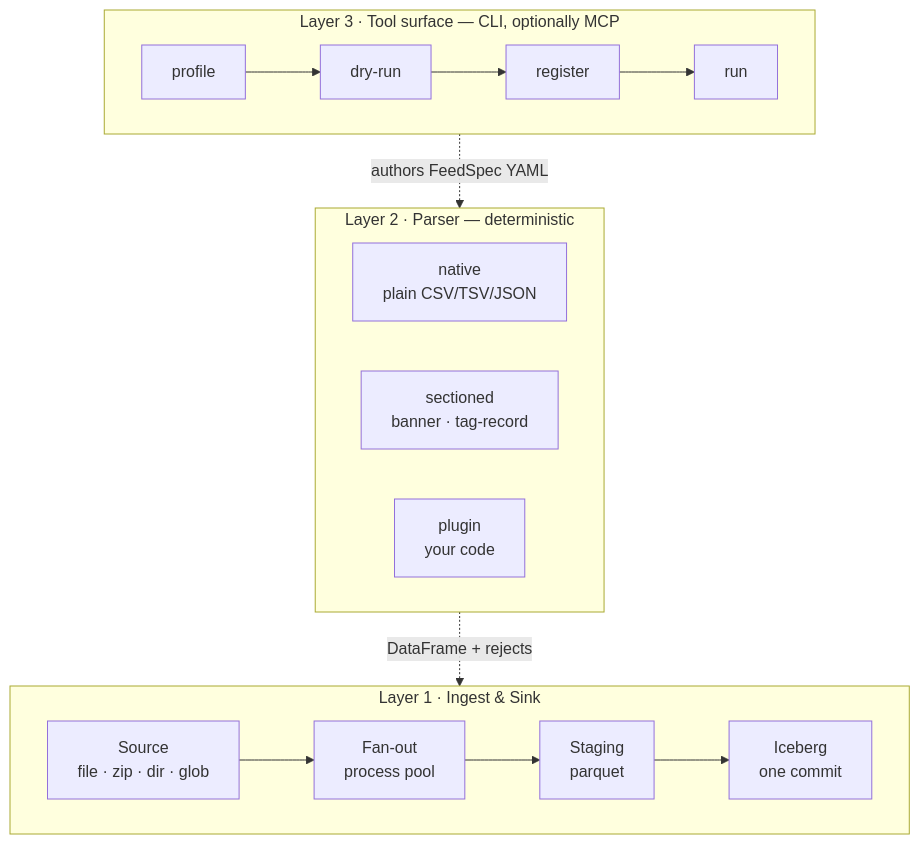
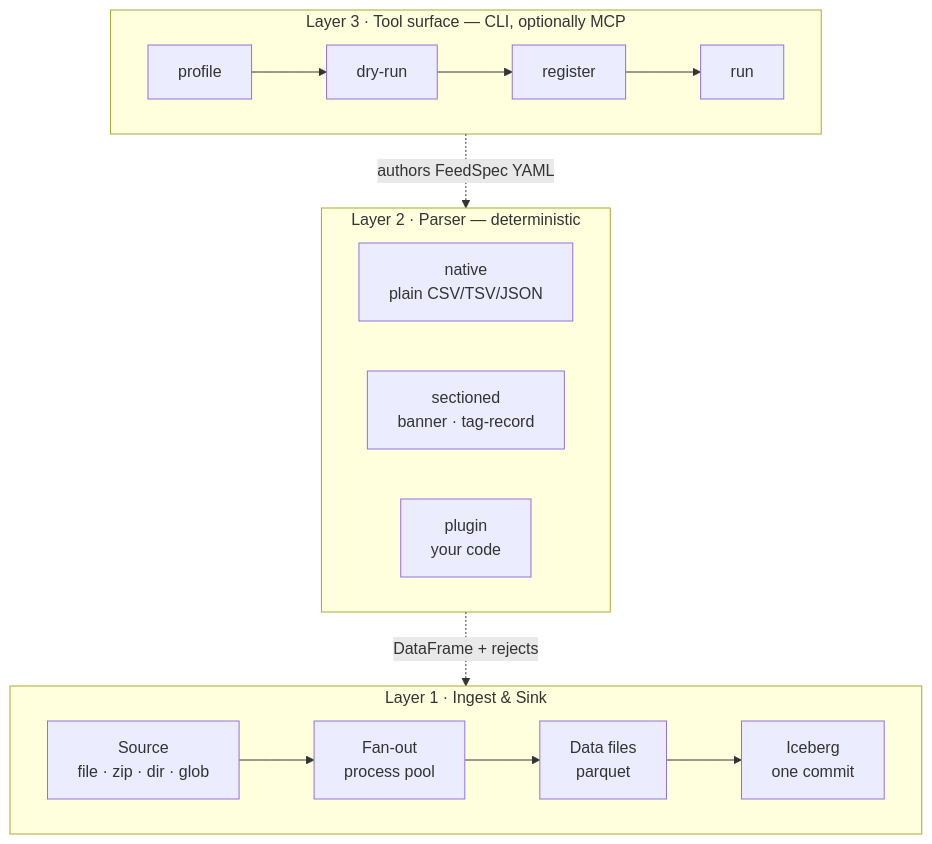
One commit to abhisheksingh0509/polars-parser-agent changed the diagram in docs/DESIGN.md. Above: the diagram before and after it, drawn with Mermaid. The commit also changed other lines of this file and 14 other files, not shown here.

````diff
--- a/docs/DESIGN.md
+++ b/docs/DESIGN.md
@@ -76,23 +76,23 @@
 ```mermaid
 flowchart TB
     subgraph L3["Layer 3 · Tool surface — CLI, optionally MCP"]
         direction LR
         T1["profile"] --> T2["dry-run"] --> T3["register"] --> T4["run"]
     end
 
     subgraph L2["Layer 2 · Parser — deterministic"]
         direction LR
         P1["native<br/>plain CSV/TSV/JSON"]
         P2["sectioned<br/>banner · tag-record"]
         P3["plugin<br/>your code"]
     end
 
     subgraph L1["Layer 1 · Ingest &amp; Sink"]
         direction LR
         C1["Source<br/>file · zip · dir · glob"] --> C2["Fan-out<br/>process pool"]
-        C2 --> C3["Staging<br/>parquet"] --> C4["Iceberg<br/>one commit"]
+        C2 --> C3["Data files<br/>parquet"] --> C4["Iceberg<br/>one commit"]
     end
 
     L3 -. "authors FeedSpec YAML" .-> L2
     L2 -. "DataFrame + rejects" .-> L1
 ```
````
